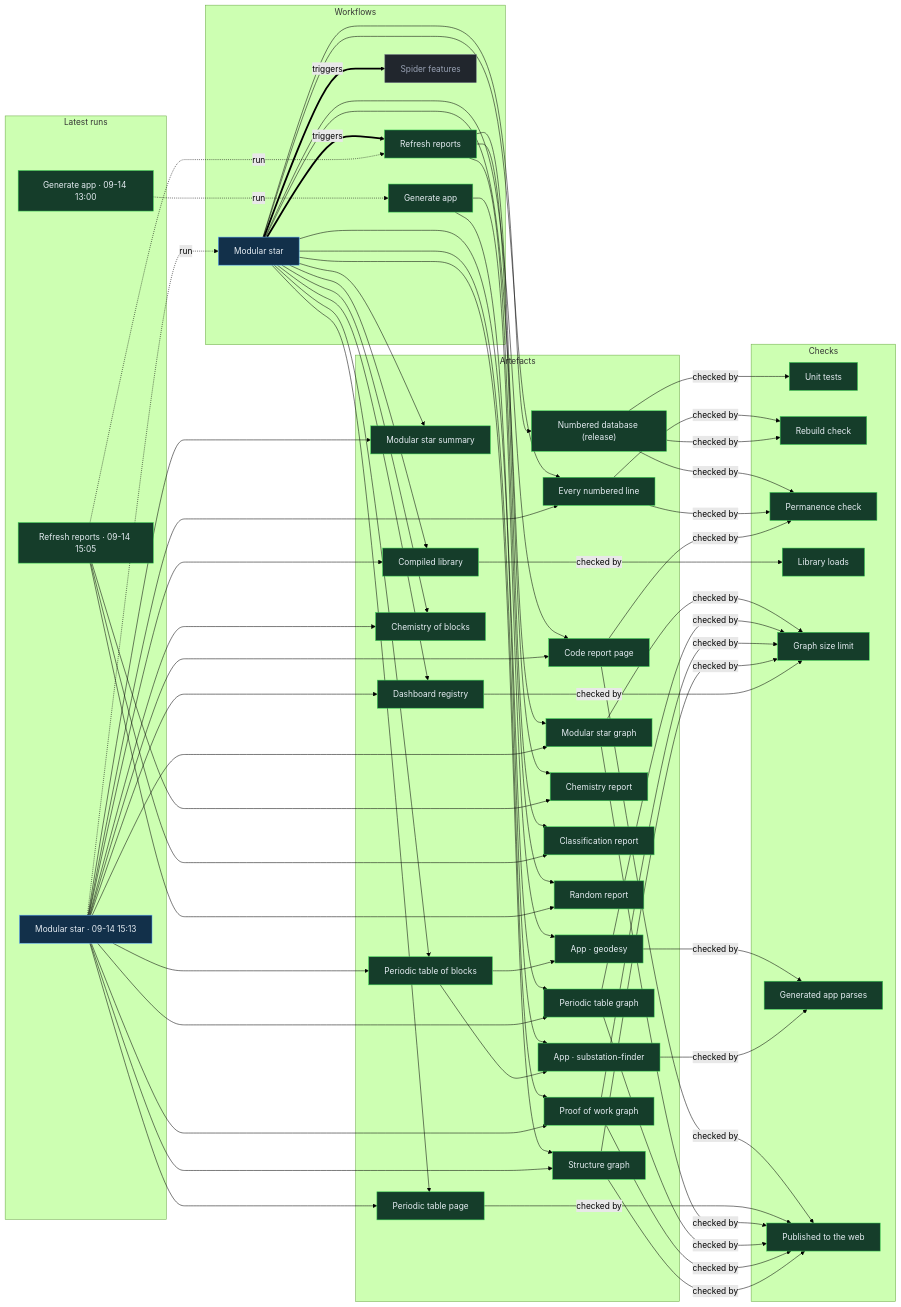
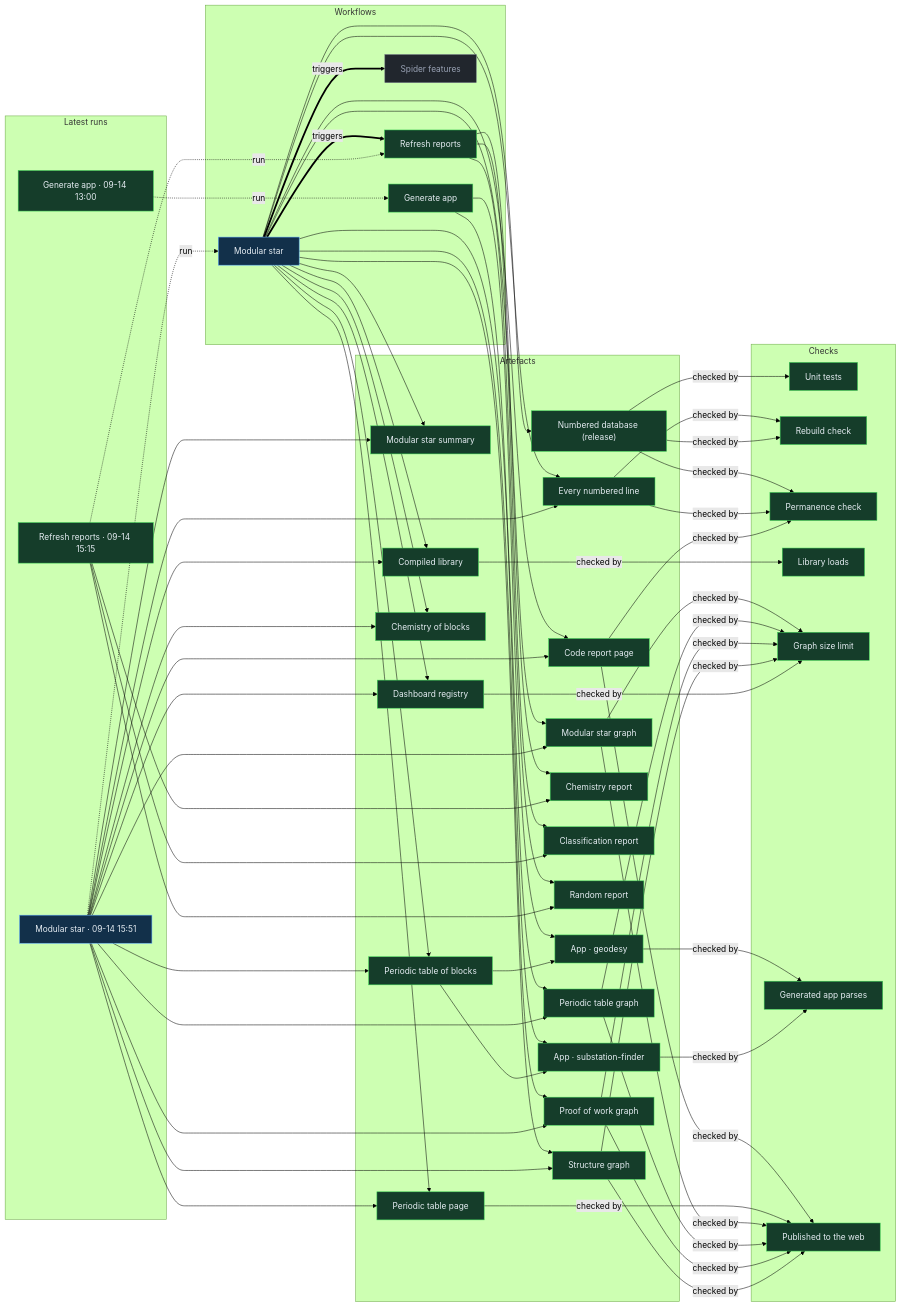
The diagram in proof/PROOF.md (Ventusltd/stars), drawn with Mermaid (forest theme) before and after one commit. The commit also changed other lines of this file and 105 other files, not shown here.

Commit message:
Modular star 2026-09-14T15:53Z

```diff
--- a/proof/PROOF.md
+++ b/proof/PROOF.md
@@ -24,8 +24,8 @@
   n_wf_spider_features["Spider features"]:::off
   end
   subgraph g_runs["Latest runs"]
-  n_run_34860728259["Modular star · 09-14 15:13"]:::live
-  n_run_34859906246["Refresh reports · 09-14 15:05"]:::ok
+  n_run_34864947537["Modular star · 09-14 15:51"]:::live
+  n_run_34860925360["Refresh reports · 09-14 15:15"]:::ok
   n_run_34846587798["Generate app · 09-14 13:00"]:::ok
   end
   subgraph g_artefacts["Artefacts"]
@@ -59,39 +59,39 @@
   end
   n_wf_modular_star == triggers ==> n_wf_refresh
   n_wf_modular_star == triggers ==> n_wf_spider_features
-  n_run_34860728259 -. run .-> n_wf_modular_star
-  n_run_34859906246 -. run .-> n_wf_refresh
+  n_run_34864947537 -. run .-> n_wf_modular_star
+  n_run_34860925360 -. run .-> n_wf_refresh
   n_run_34846587798 -. run .-> n_wf_generate
   n_wf_modular_star --> n_art_summary
-  n_run_34860728259 --> n_art_summary
+  n_run_34864947537 --> n_art_summary
   n_wf_modular_star --> n_art_lines
-  n_run_34860728259 --> n_art_lines
+  n_run_34864947537 --> n_art_lines
   n_wf_modular_star --> n_art_code
-  n_run_34860728259 --> n_art_code
+  n_run_34864947537 --> n_art_code
   n_wf_modular_star --> n_art_modular_graph
-  n_run_34860728259 --> n_art_modular_graph
+  n_run_34864947537 --> n_art_modular_graph
   n_wf_modular_star --> n_art_blocks
-  n_run_34860728259 --> n_art_blocks
+  n_run_34864947537 --> n_art_blocks
   n_wf_modular_star --> n_art_table
-  n_run_34860728259 --> n_art_table
+  n_run_34864947537 --> n_art_table
   n_wf_modular_star --> n_art_blocks_graph
-  n_run_34860728259 --> n_art_blocks_graph
+  n_run_34864947537 --> n_art_blocks_graph
   n_wf_modular_star --> n_art_reactions
-  n_run_34860728259 --> n_art_reactions
+  n_run_34864947537 --> n_art_reactions
   n_wf_modular_star --> n_art_library
-  n_run_34860728259 --> n_art_library
+  n_run_34864947537 --> n_art_library
   n_wf_modular_star --> n_art_features
-  n_run_34860728259 --> n_art_features
+  n_run_34864947537 --> n_art_features
   n_wf_modular_star --> n_art_proof
-  n_run_34860728259 --> n_art_proof
+  n_run_34864947537 --> n_art_proof
   n_wf_modular_star --> n_art_structure
-  n_run_34860728259 --> n_art_structure
+  n_run_34864947537 --> n_art_structure
   n_wf_refresh --> n_art_chemistry
-  n_run_34859906246 --> n_art_chemistry
+  n_run_34860925360 --> n_art_chemistry
   n_wf_refresh --> n_art_vedic
-  n_run_34859906246 --> n_art_vedic
+  n_run_34860925360 --> n_art_vedic
   n_wf_refresh --> n_art_random
-  n_run_34859906246 --> n_art_random
+  n_run_34860925360 --> n_art_random
   n_wf_modular_star --> n_art_release
   n_wf_generate --> n_app_geodesy
   n_art_blocks --> n_app_geodesy
```
